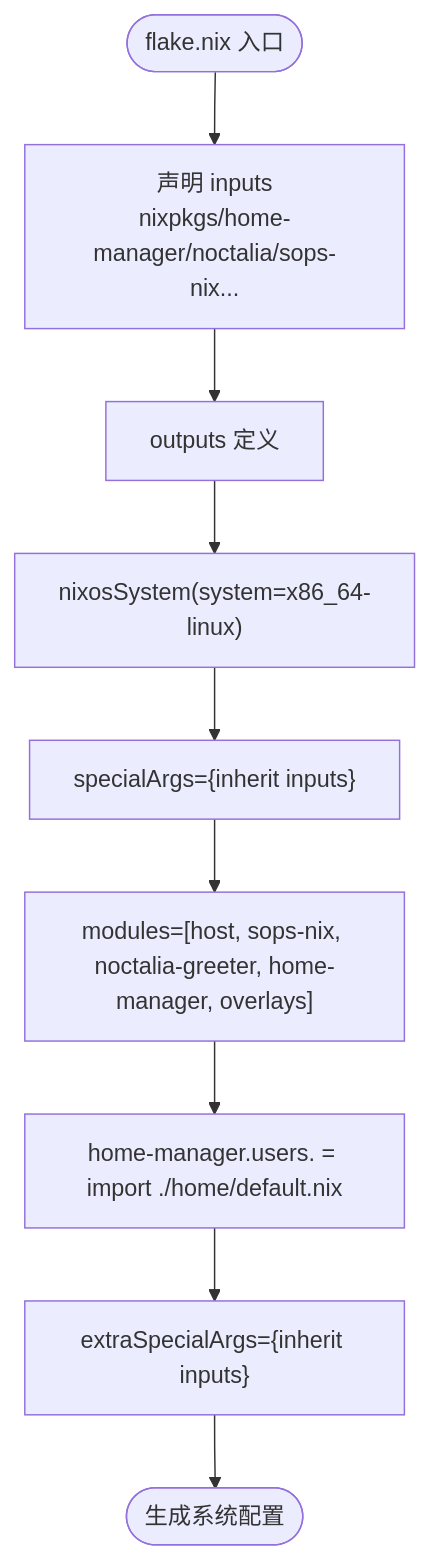
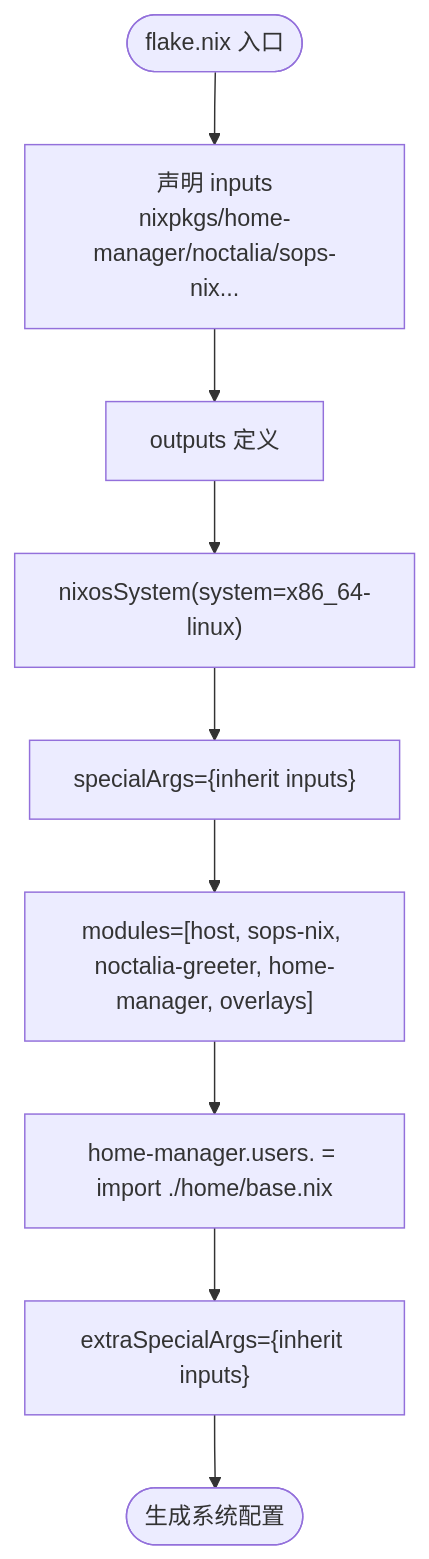
One commit to Shangshui0302/myNixOSConfig changed the first of 3 diagrams in wiki/architecture/flake.md. Above: the diagram before and after it, drawn with Mermaid. The commit also changed other lines of this file and 53 other files, not shown here.

````diff
--- a/wiki/architecture/flake.md
+++ b/wiki/architecture/flake.md
@@ -45,11 +45,11 @@
 ```mermaid
 flowchart TD
 Start(["flake.nix 入口"]) --> Inputs["声明 inputs<br/>nixpkgs/home-manager/noctalia/sops-nix..."]
 Inputs --> Outputs["outputs 定义"]
 Outputs --> NixOS["nixosSystem(system=x86_64-linux)"]
 NixOS --> SpecialArgs["specialArgs={inherit inputs}"]
 SpecialArgs --> Modules["modules=[host, sops-nix, noctalia-greeter, home-manager, overlays]"]
-Modules --> HM["home-manager.users.<user> = import ./home/default.nix"]
+Modules --> HM["home-manager.users.<user> = import ./home/base.nix"]
 HM --> ExtraArgs["extraSpecialArgs={inherit inputs}"]
 ExtraArgs --> End(["生成系统配置"])
 ```
````
